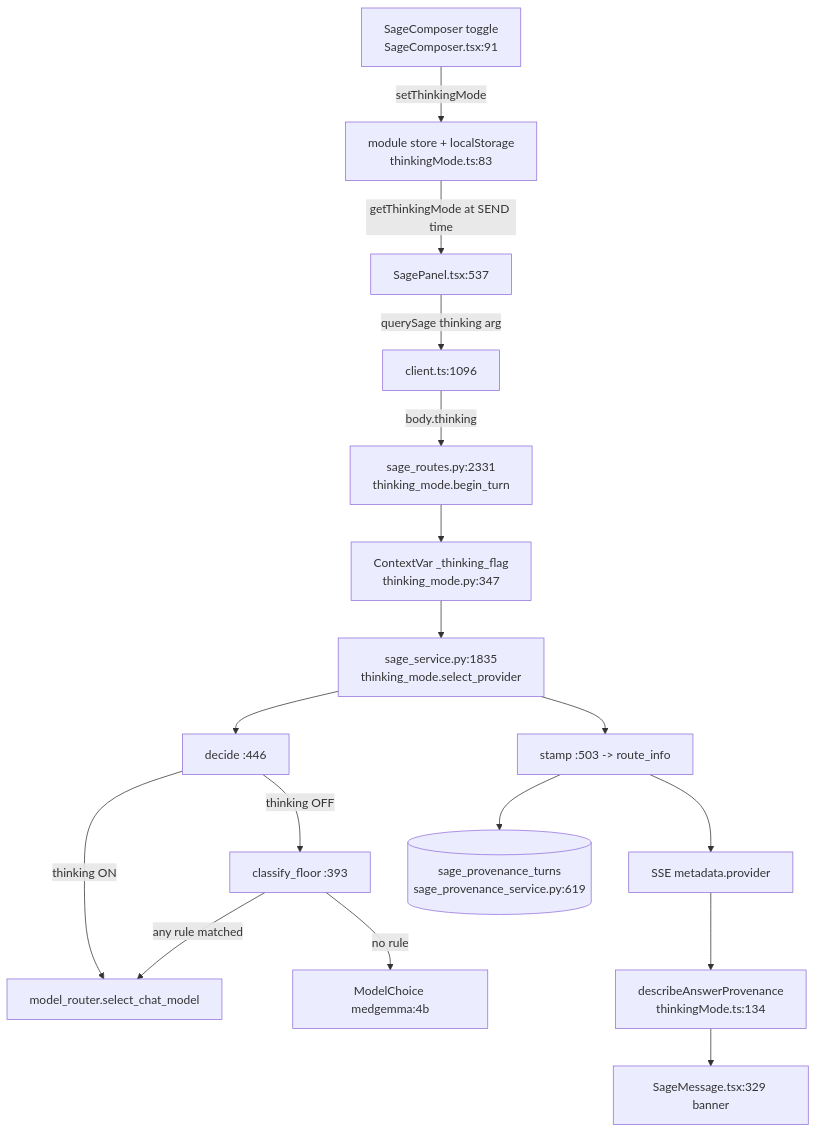
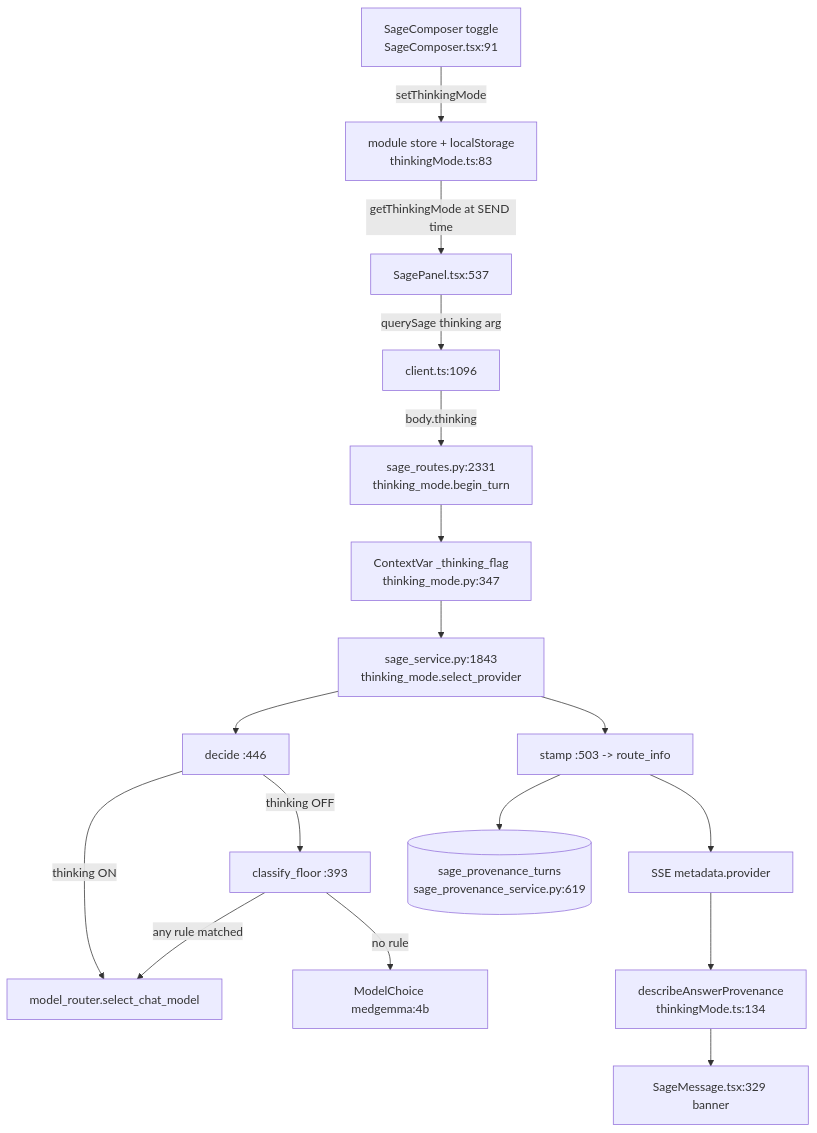
Before and after one commit to samuelmorningstar23/Orb: the first of 2 diagrams in docs/guide/41-thinking-mode.md, drawn with Mermaid. The commit also changed other lines of this file and 183 other files, not shown here.

````diff
--- a/docs/guide/41-thinking-mode.md
+++ b/docs/guide/41-thinking-mode.md
@@ -42,19 +42,19 @@
 ```mermaid
 graph TD
   TOG[SageComposer toggle<br/>SageComposer.tsx:91] -->|setThinkingMode| STORE[module store + localStorage<br/>thinkingMode.ts:83]
   STORE -->|getThinkingMode at SEND time| PANEL[SagePanel.tsx:537]
   PANEL -->|querySage thinking arg| CLIENT[client.ts:1096]
   CLIENT -->|body.thinking| ROUTE[sage_routes.py:2331<br/>thinking_mode.begin_turn]
   ROUTE --> CV[ContextVar _thinking_flag<br/>thinking_mode.py:347]
-  CV --> SEL[sage_service.py:1835<br/>thinking_mode.select_provider]
+  CV --> SEL[sage_service.py:1843<br/>thinking_mode.select_provider]
   SEL --> DEC[decide :446]
   DEC -->|thinking ON| ROUTER[model_router.select_chat_model]
   DEC -->|thinking OFF| FLOOR[classify_floor :393]
   FLOOR -->|any rule matched| ROUTER
   FLOOR -->|no rule| FAST[ModelChoice medgemma:4b]
   SEL --> STAMP[stamp :503 -> route_info]
   STAMP --> META[SSE metadata.provider]
   META --> BANNER[describeAnswerProvenance<br/>thinkingMode.ts:134]
   BANNER --> MSG[SageMessage.tsx:329 banner]
   STAMP --> PROV[(sage_provenance_turns<br/>sage_provenance_service.py:619)]
 ```
````
